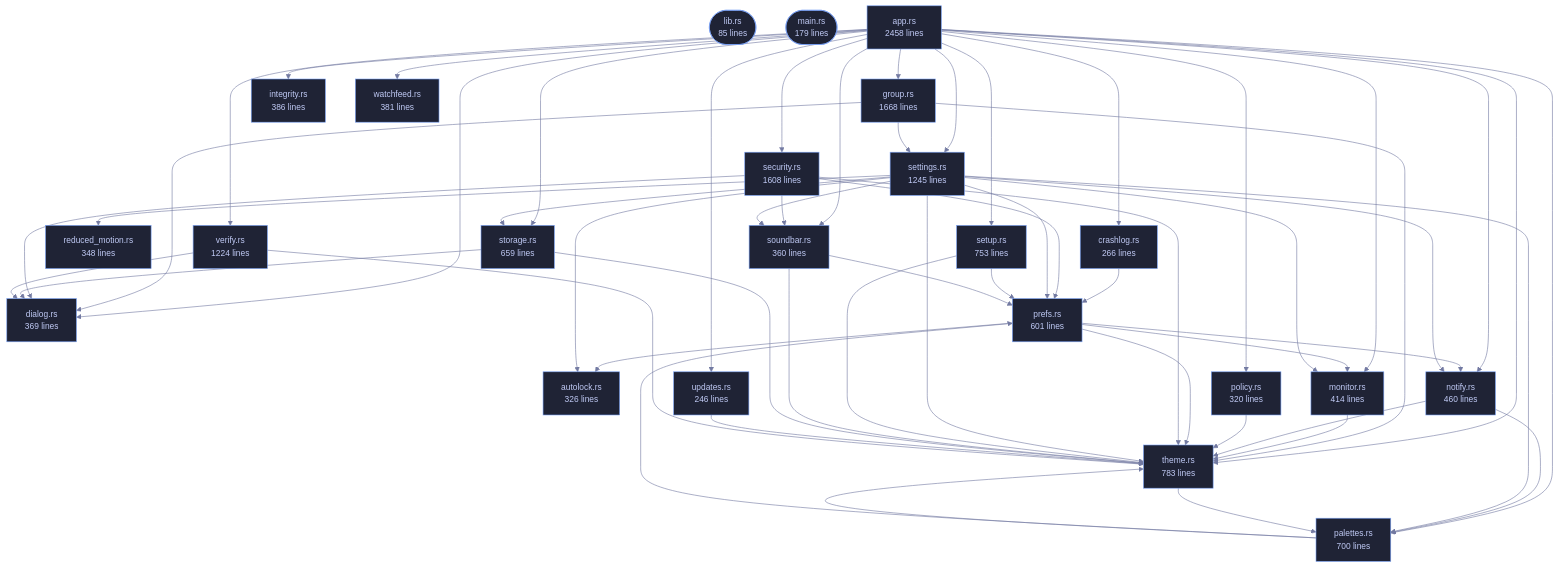
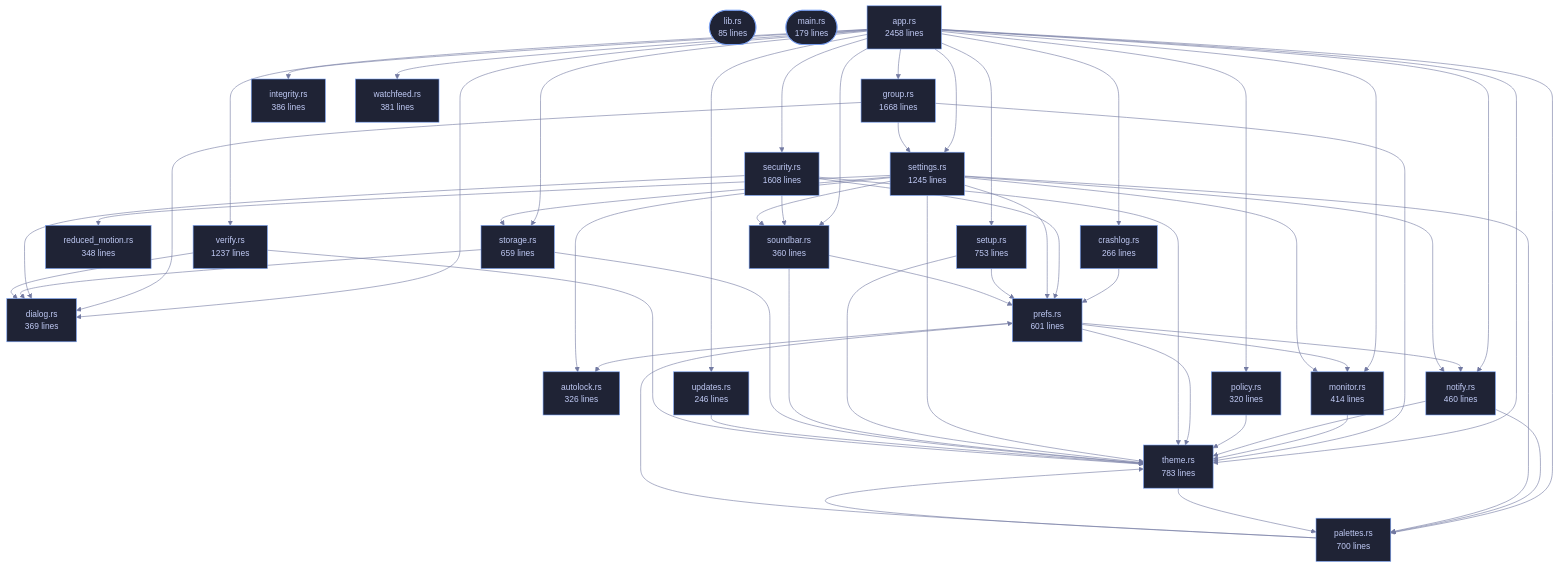
The diagram in crates/veilvoice-gui/README.md (tilas01/veilvoice), drawn with Mermaid before and after one commit. The commit also changed other lines of this file and 46 other files, not shown here.

```diff
--- a/crates/veilvoice-gui/README.md
+++ b/crates/veilvoice-gui/README.md
@@ -115,7 +115,7 @@
     n_storage["storage.rs<br/>659 lines"]
     n_theme["theme.rs<br/>783 lines"]
     n_updates["updates.rs<br/>246 lines"]
-    n_verify["verify.rs<br/>1224 lines"]
+    n_verify["verify.rs<br/>1237 lines"]
     n_watchfeed["watchfeed.rs<br/>381 lines"]
     n_app --> n_crashlog
     n_app --> n_dialog
```
